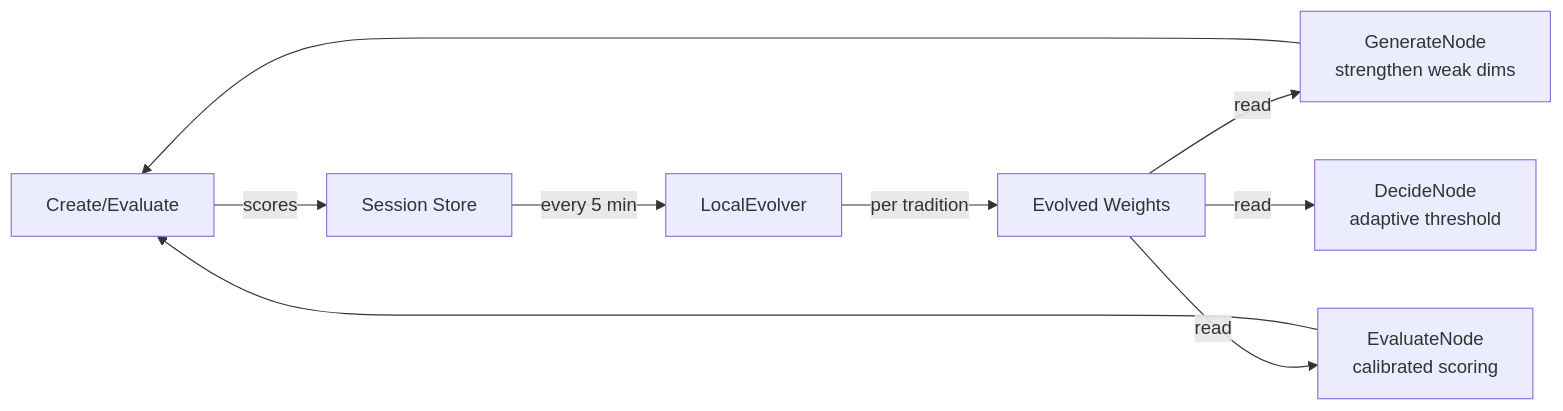
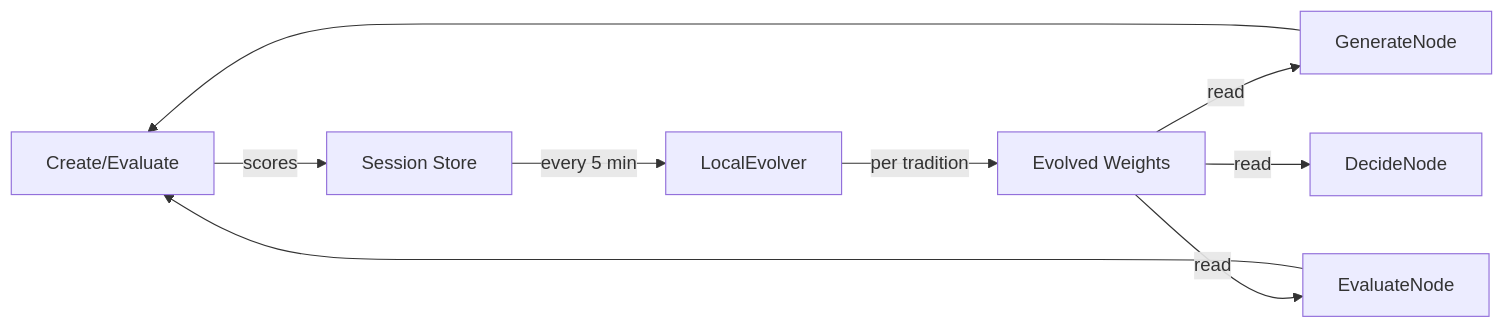
Before and after one commit to vulca-org/vulca: the second of 2 diagrams in README.md, drawn with Mermaid. The commit also changed other lines of this file and 8 other files, not shown here.

````diff
--- a/README.md
+++ b/README.md
@@ -495,11 +374,11 @@
 ```mermaid
 graph LR
     C[Create/Evaluate] -->|scores| S[Session Store]
     S -->|every 5 min| LE[LocalEvolver]
     LE -->|per tradition| EW[Evolved Weights]
-    EW -->|read| G[GenerateNode<br/>strengthen weak dims]
-    EW -->|read| E[EvaluateNode<br/>calibrated scoring]
-    EW -->|read| D[DecideNode<br/>adaptive threshold]
+    EW -->|read| G[GenerateNode]
+    EW -->|read| E[EvaluateNode]
+    EW -->|read| D[DecideNode]
     G --> C
     E --> C
 ```
````
